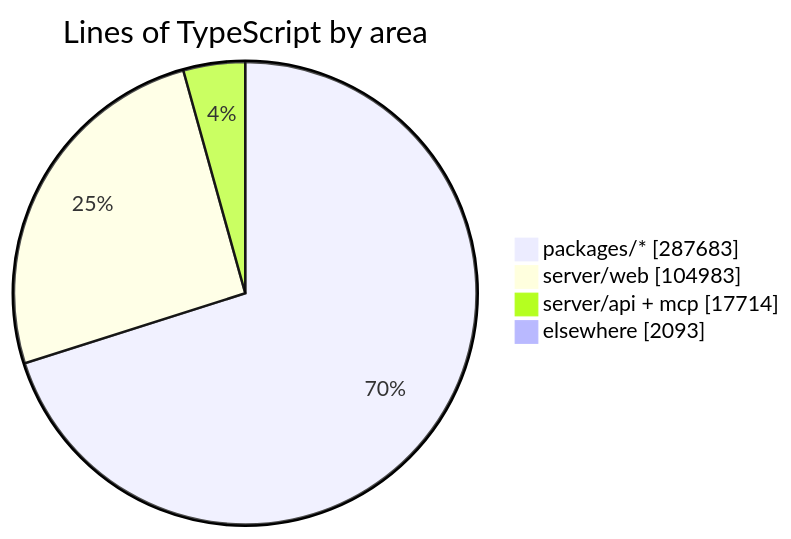
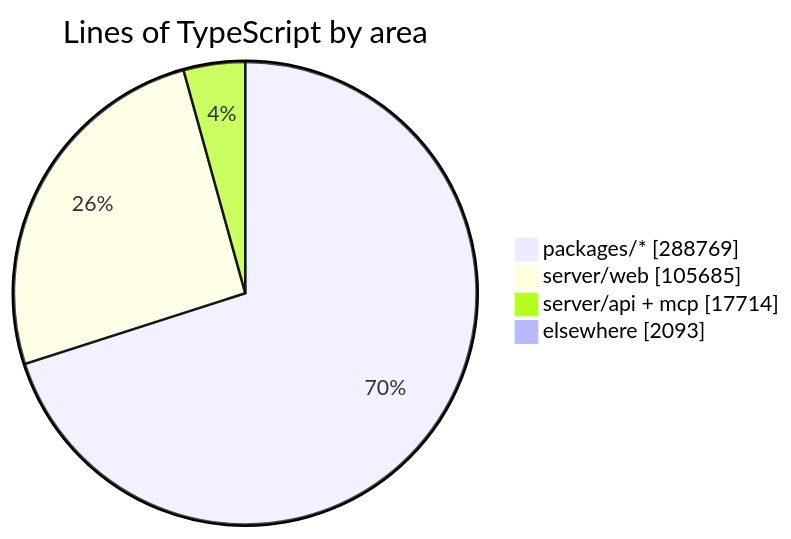
The diagram in README.md (crossworks-engineering/mantle), drawn with Mermaid before and after one commit. The commit also changed other lines of this file and 2 other files, not shown here.

````diff
--- a/README.md
+++ b/README.md
@@ -294,7 +294,7 @@
 ```mermaid
 pie showData title Lines of TypeScript by area
-    "packages/*" : 287683
-    "server/web" : 104983
+    "packages/*" : 288769
+    "server/web" : 105685
     "server/api + mcp" : 17714
     "elsewhere" : 2093
 ```
````
